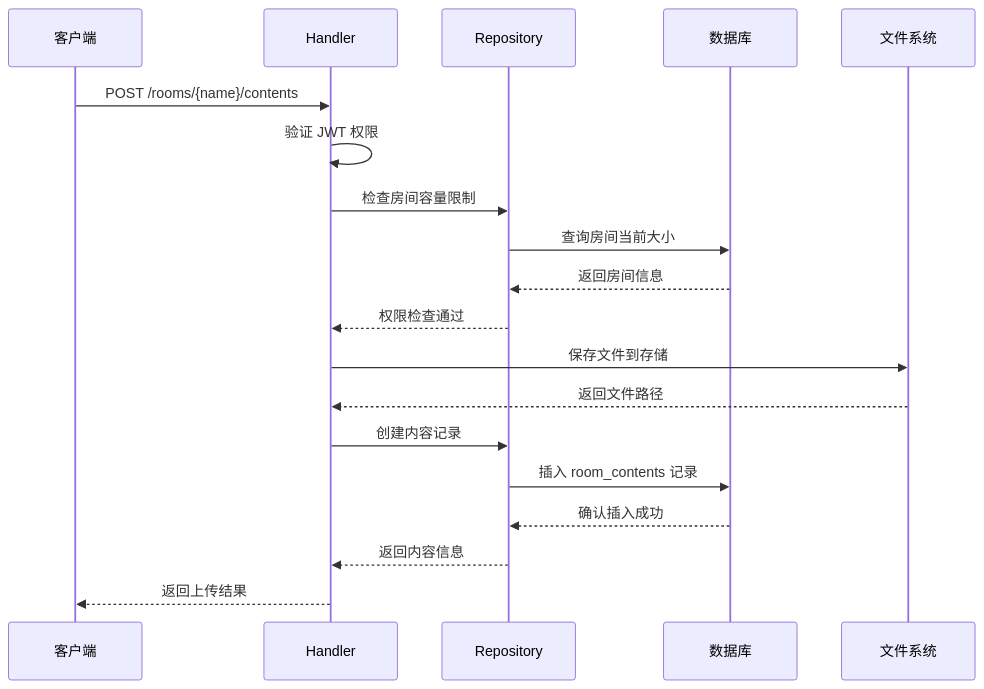
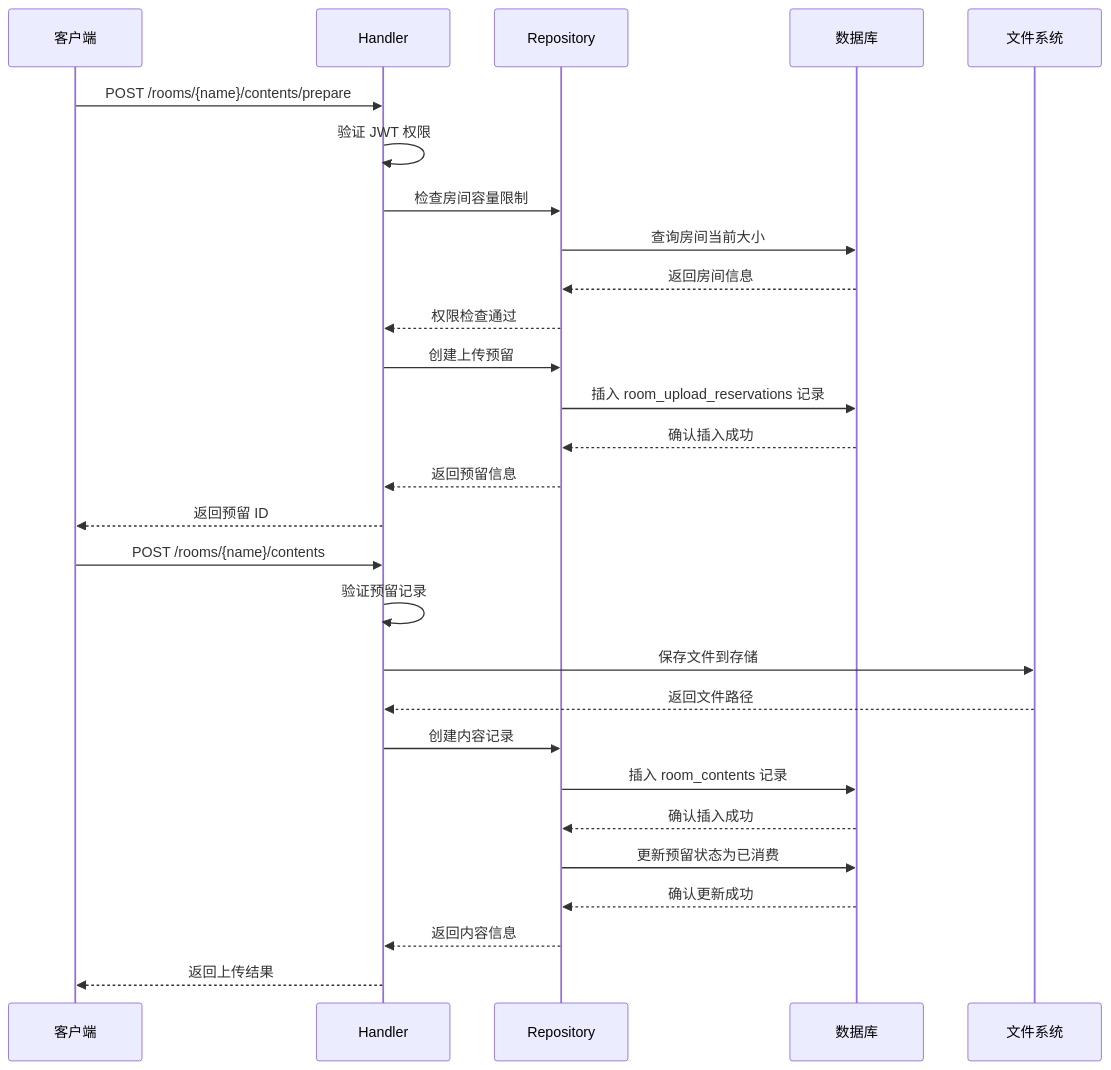
The second of 9 diagrams in docs/implementation/architecture.md (YuniqueUnic/elizabeth), drawn with Mermaid before and after one commit. The commit also changed other lines of this file and 8 other files, not shown here.

````diff
--- a/docs/implementation/architecture.md
+++ b/docs/implementation/architecture.md
@@ -124,22 +137,32 @@
 ```mermaid
 sequenceDiagram
     participant C as 客户端
     participant H as Handler
     participant R as Repository
     participant DB as 数据库
     participant FS as 文件系统
 
-    C->>H: POST /rooms/{name}/contents
+    C->>H: POST /rooms/{name}/contents/prepare
     H->>H: 验证 JWT 权限
     H->>R: 检查房间容量限制
     R->>DB: 查询房间当前大小
     DB-->>R: 返回房间信息
     R-->>H: 权限检查通过
+    H->>R: 创建上传预留
+    R->>DB: 插入 room_upload_reservations 记录
+    DB-->>R: 确认插入成功
+    R-->>H: 返回预留信息
+    H-->>C: 返回预留 ID
+
+    C->>H: POST /rooms/{name}/contents
+    H->>H: 验证预留记录
     H->>FS: 保存文件到存储
     FS-->>H: 返回文件路径
     H->>R: 创建内容记录
     R->>DB: 插入 room_contents 记录
     DB-->>R: 确认插入成功
+    R->>DB: 更新预留状态为已消费
+    DB-->>R: 确认更新成功
     R-->>H: 返回内容信息
     H-->>C: 返回上传结果
 ```
````
